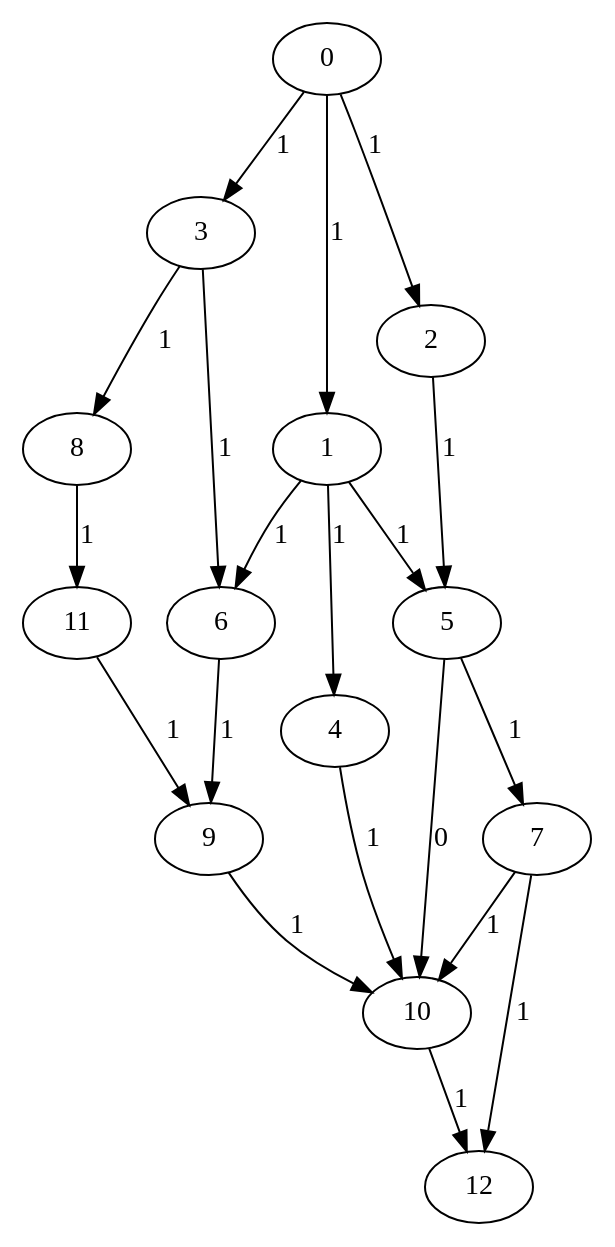
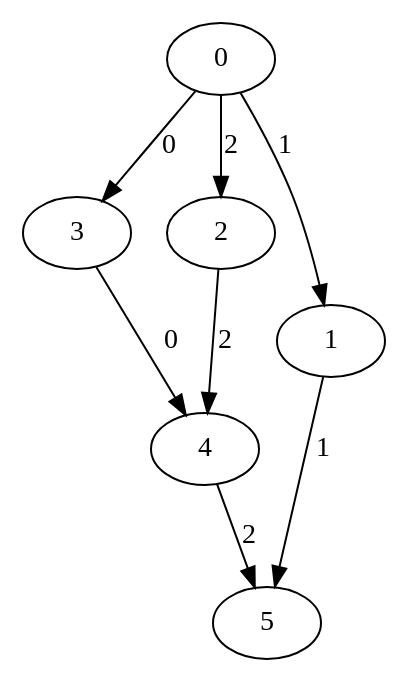
One commit to GhizlaneBadaoui/4IR-Ocaml-maxflow-project changed the diagram in dotFiles/grResult2.dot. Above: the diagram before and after it, drawn with Graphviz. The commit also changed 14 other files, not shown here.

```diff
--- a/dotFiles/grResult2.dot
+++ b/dotFiles/grResult2.dot
@@ -1,23 +1,11 @@
  digraph graphe {
 
-9 -> 10 [label = 1]
-11 -> 9 [label = 1]
-8 -> 11 [label = 1]
-6 -> 9 [label = 1]
-3 -> 8 [label = 1]
-3 -> 6 [label = 1]
-10 -> 12 [label = 1]
-7 -> 10 [label = 1]
-7 -> 12 [label = 1]
-4 -> 10 [label = 1]
-5 -> 7 [label = 1]
-5 -> 10 [label = 0]
-2 -> 5 [label = 1]
-0 -> 3 [label = 1]
-0 -> 2 [label = 1]
+4 -> 5 [label = 2]
+3 -> 4 [label = 0]
+2 -> 4 [label = 2]
+1 -> 5 [label = 1]
+0 -> 2 [label = 2]
 0 -> 1 [label = 1]
-1 -> 6 [label = 1]
-1 -> 5 [label = 1]
-1 -> 4 [label = 1]
+0 -> 3 [label = 0]
 
 }
```
